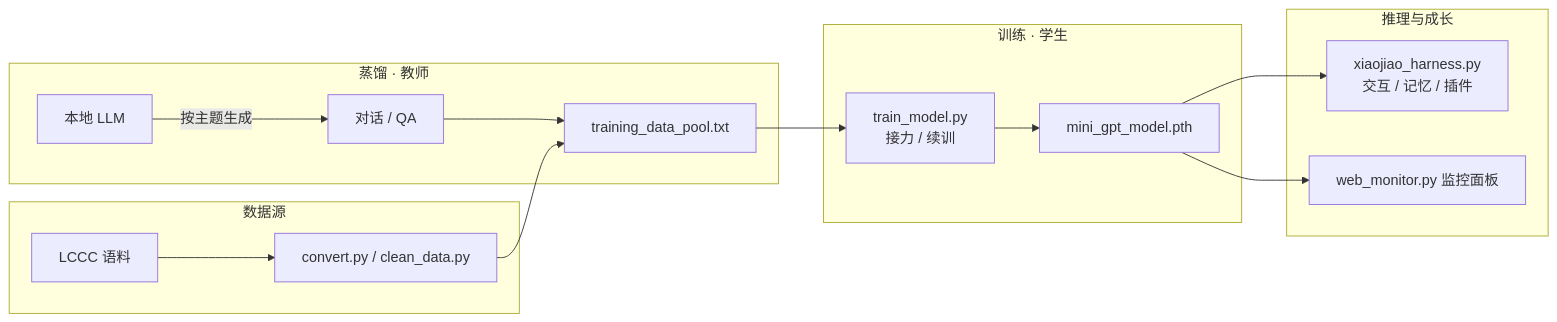
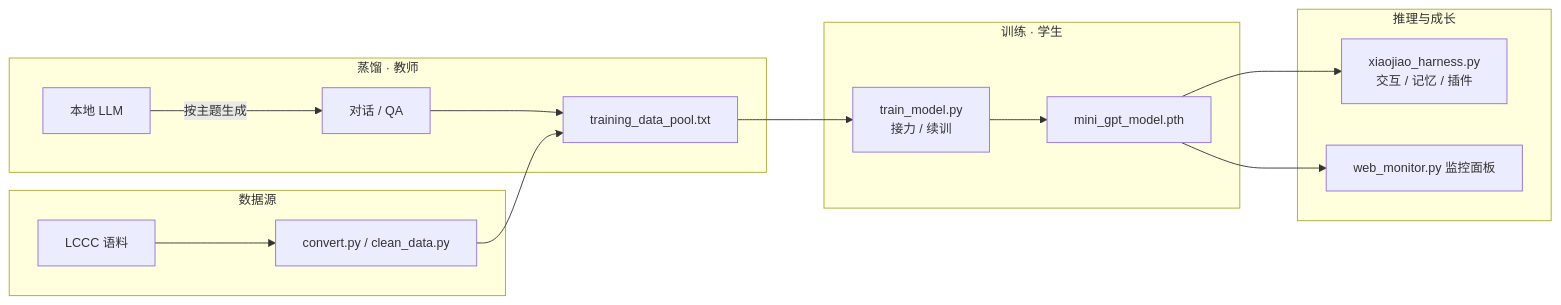
Before and after one commit to jiangchuangege/xiaojiao-harness: the diagram in docs/pipeline.md, drawn with Mermaid. The commit also changed 16 other files, not shown here.

````diff
--- a/docs/pipeline.md
+++ b/docs/pipeline.md
@@ -9,19 +9,20 @@
 ```mermaid
+%%{init: {"themeVariables": {"fontSize": "14px"}, "flowchart": {"htmlLabels": true, "wrappingWidth": 320, "nodeSpacing": 46, "rankSpacing": 64, "useMaxWidth": true}}}%%
 flowchart LR
     subgraph src["数据源"]
         A["LCCC 语料"] --> B["convert.py / clean_data.py"]
     end
     subgraph teach["蒸馏 · 教师"]
         C["本地 LLM"] -- "按主题生成" --> D["对话 / QA"]
         D --> E["training_data_pool.txt"]
     end
     subgraph stu["训练 · 学生"]
         E --> F["train_model.py <br/> 接力 / 续训"]
         F --> G["mini_gpt_model.pth"]
     end
     subgraph grow["推理与成长"]
         G --> H["xiaojiao_harness.py <br/> 交互 / 记忆 / 插件"]
         G --> I["web_monitor.py 监控面板"]
     end
     B --> E
 ```
````
